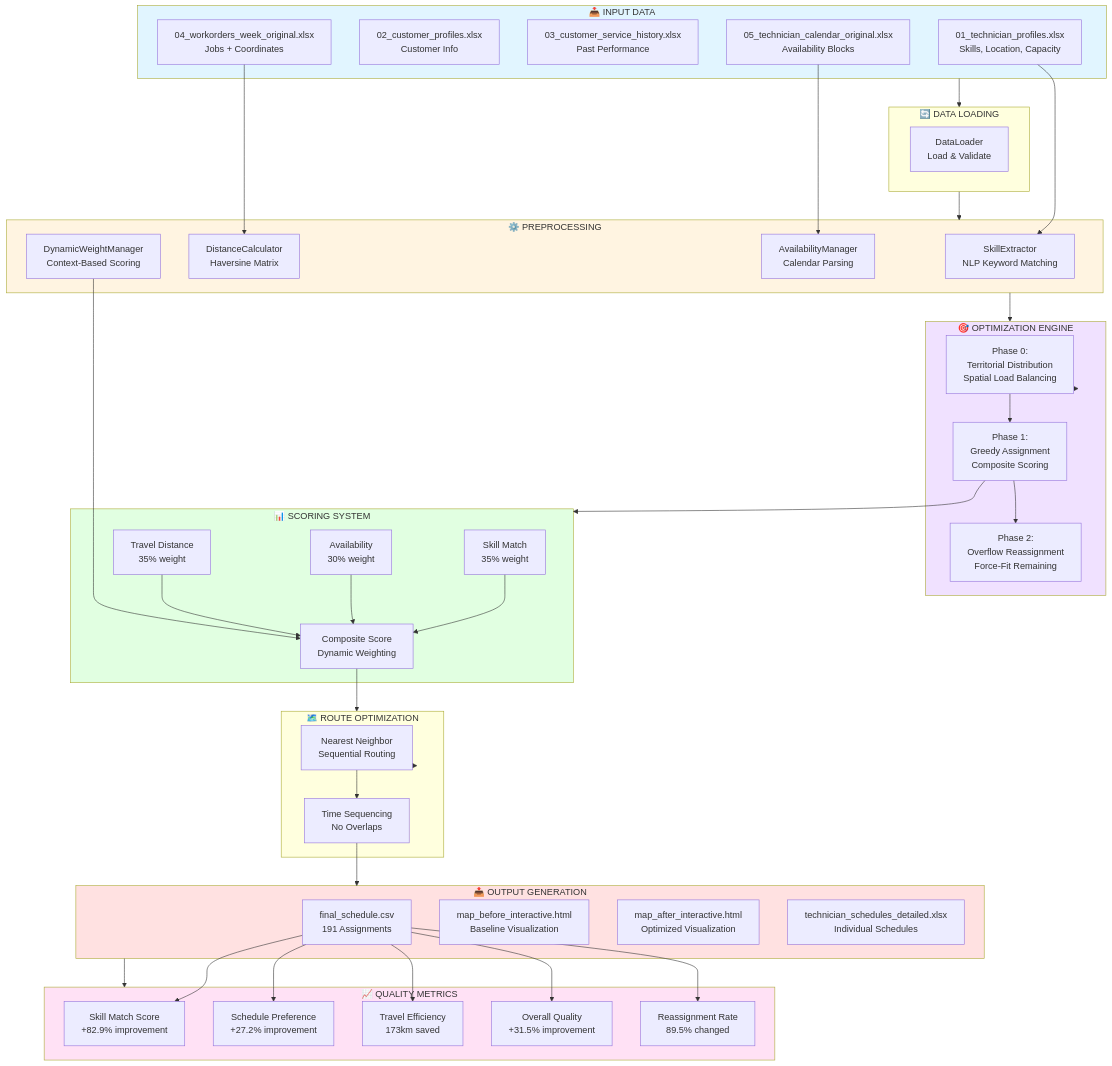
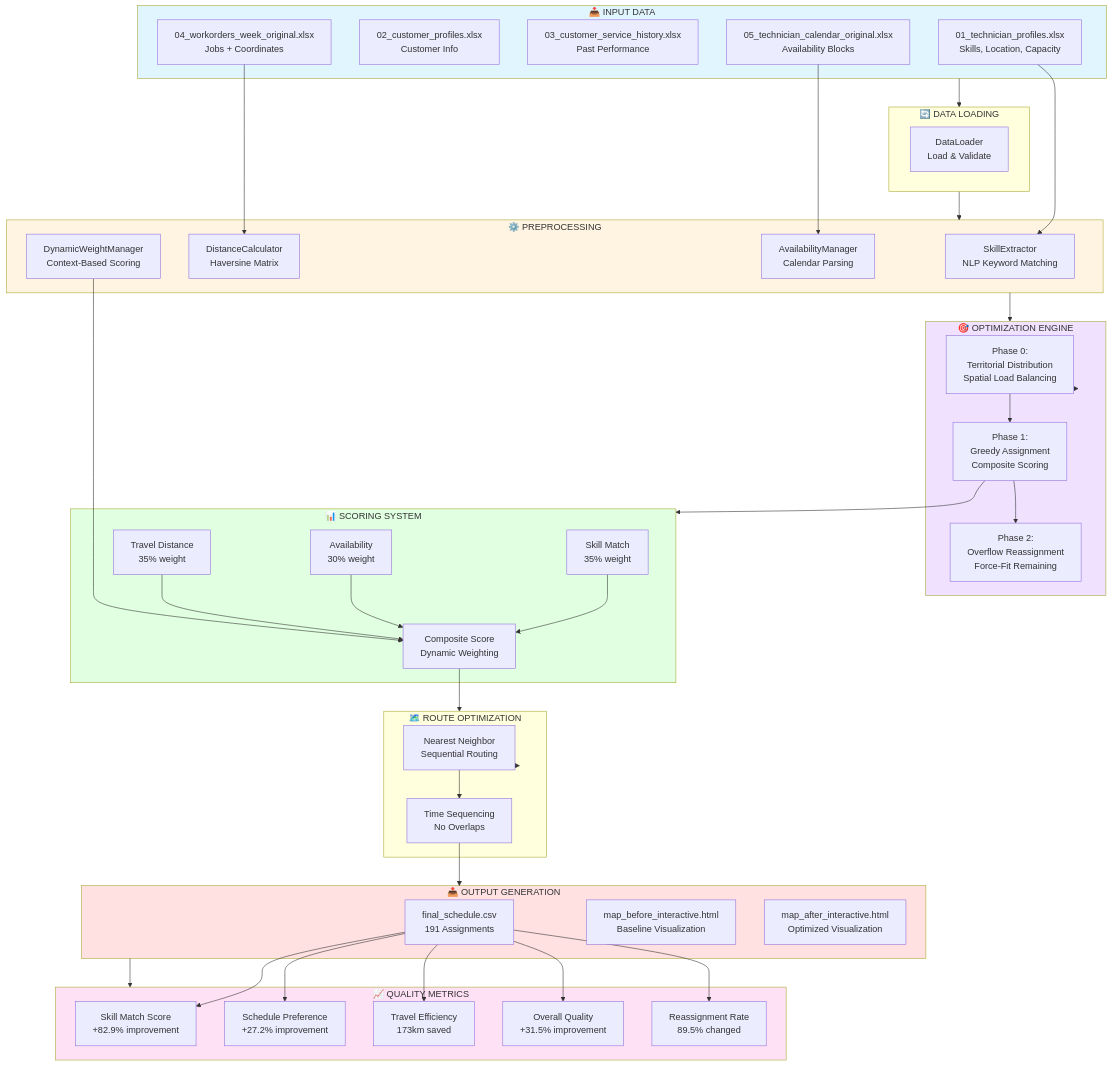
Before and after one commit to juliacolleoni/smart-technician-dispatch-team2: the first of 3 diagrams in SOLUTION_DIAGRAM.md, drawn with Mermaid. The commit also changed other lines of this file, not shown here.

Commit message:
docs: remove technician schedules detailed from output section
- Remove reference to technician_schedules_detailed.xlsx
- Keep only core outputs: CSV schedule and interactive maps

```diff
--- a/SOLUTION_DIAGRAM.md
+++ b/SOLUTION_DIAGRAM.md
@@ -45,7 +45,6 @@
         CSV[final_schedule.csv<br/>191 Assignments]
         MAP1[map_before_interactive.html<br/>Baseline Visualization]
         MAP2[map_after_interactive.html<br/>Optimized Visualization]
-        SCHED[technician_schedules_detailed.xlsx<br/>Individual Schedules]
     end
 
     subgraph METRICS["📈 QUALITY METRICS"]
```
